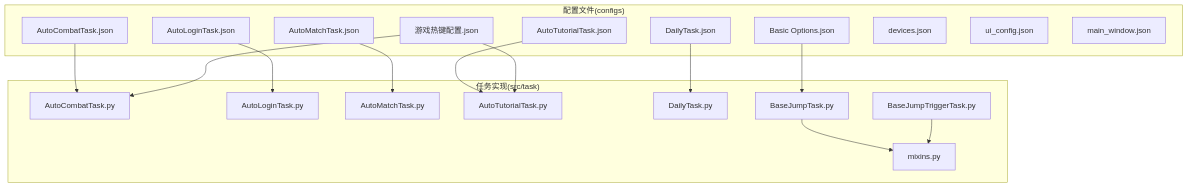
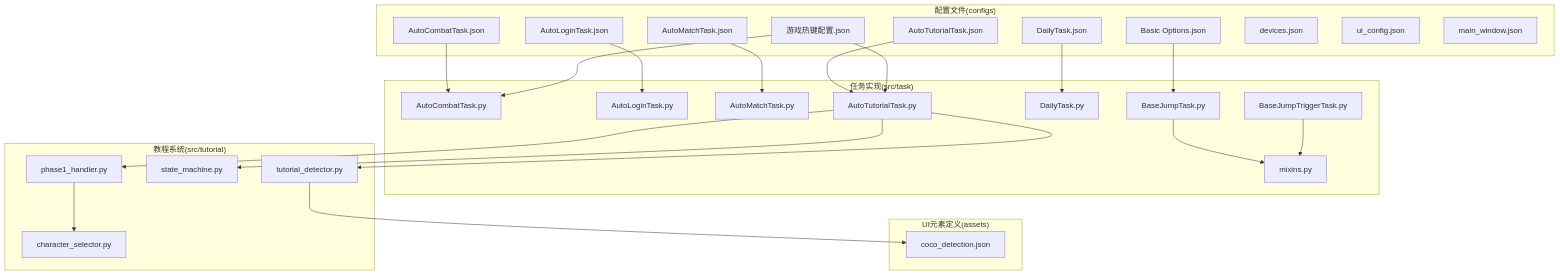
Before and after one commit to xsy098-max/ok-jump: the first of 8 diagrams in .qoder/repowiki/zh/content/配置系统/任务配置.md, drawn with Mermaid. The commit also changed other lines of this file and 13 other files, not shown here.

````diff
--- a/.qoder/repowiki/zh/content/配置系统/任务配置.md
+++ b/.qoder/repowiki/zh/content/配置系统/任务配置.md
@@ -65,35 +71,49 @@
 ```mermaid
 graph TB
 subgraph "配置文件(configs)"
 C1["AutoCombatTask.json"]
 C2["AutoLoginTask.json"]
 C3["AutoMatchTask.json"]
 C4["AutoTutorialTask.json"]
 C5["DailyTask.json"]
 C6["Basic Options.json"]
 C7["游戏热键配置.json"]
 C8["devices.json"]
 C9["ui_config.json"]
 C10["main_window.json"]
 end
 subgraph "任务实现(src/task)"
 T1["AutoCombatTask.py"]
 T2["AutoLoginTask.py"]
 T3["AutoMatchTask.py"]
 T4["AutoTutorialTask.py"]
 T5["DailyTask.py"]
 T6["BaseJumpTask.py"]
 T7["BaseJumpTriggerTask.py"]
 M1["mixins.py"]
 end
+subgraph "教程系统(src/tutorial)"
+TU1["tutorial_detector.py"]
+TU2["state_machine.py"]
+TU3["phase1_handler.py"]
+TU4["character_selector.py"]
+end
+subgraph "UI元素定义(assets)"
+U1["coco_detection.json"]
+end
 C1 --> T1
 C2 --> T2
 C3 --> T3
 C4 --> T4
 C5 --> T5
 C6 --> T6
 C7 --> T4
 C7 --> T1
 T6 --> M1
 T7 --> M1
+T4 --> TU1
+T4 --> TU2
+T4 --> TU3
+TU3 --> TU4
+TU1 --> U1
 ```
````
